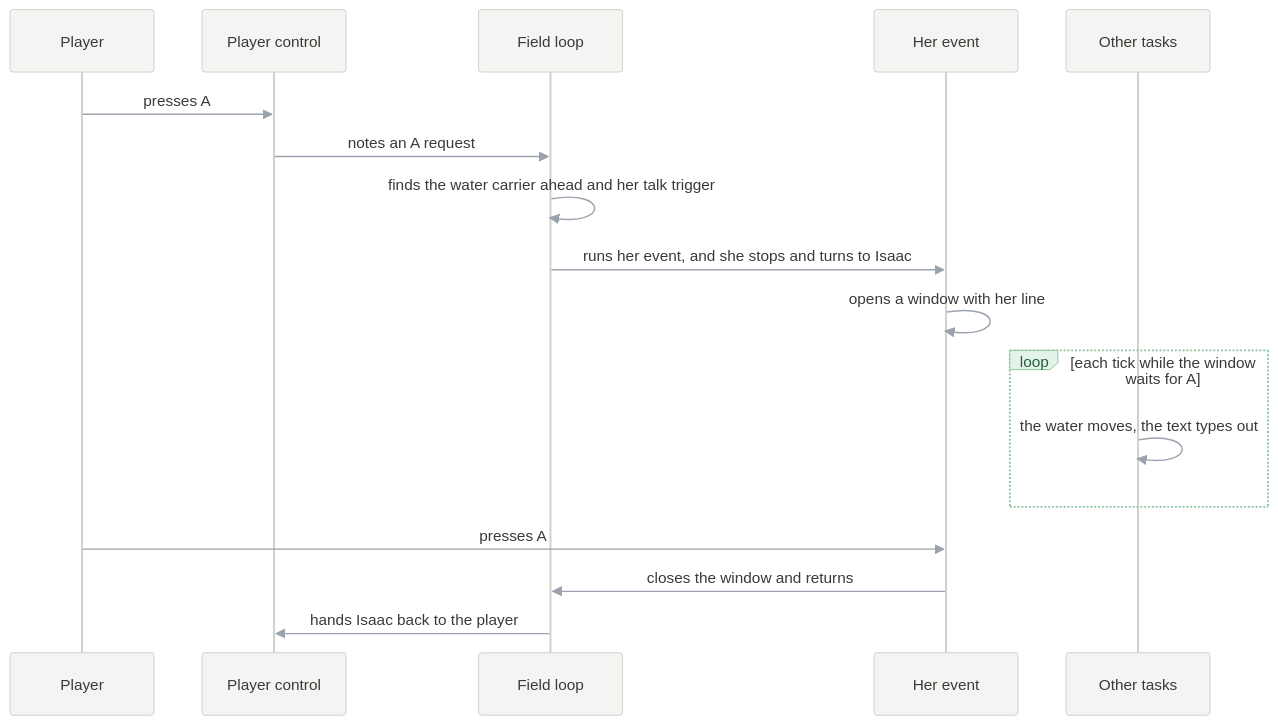
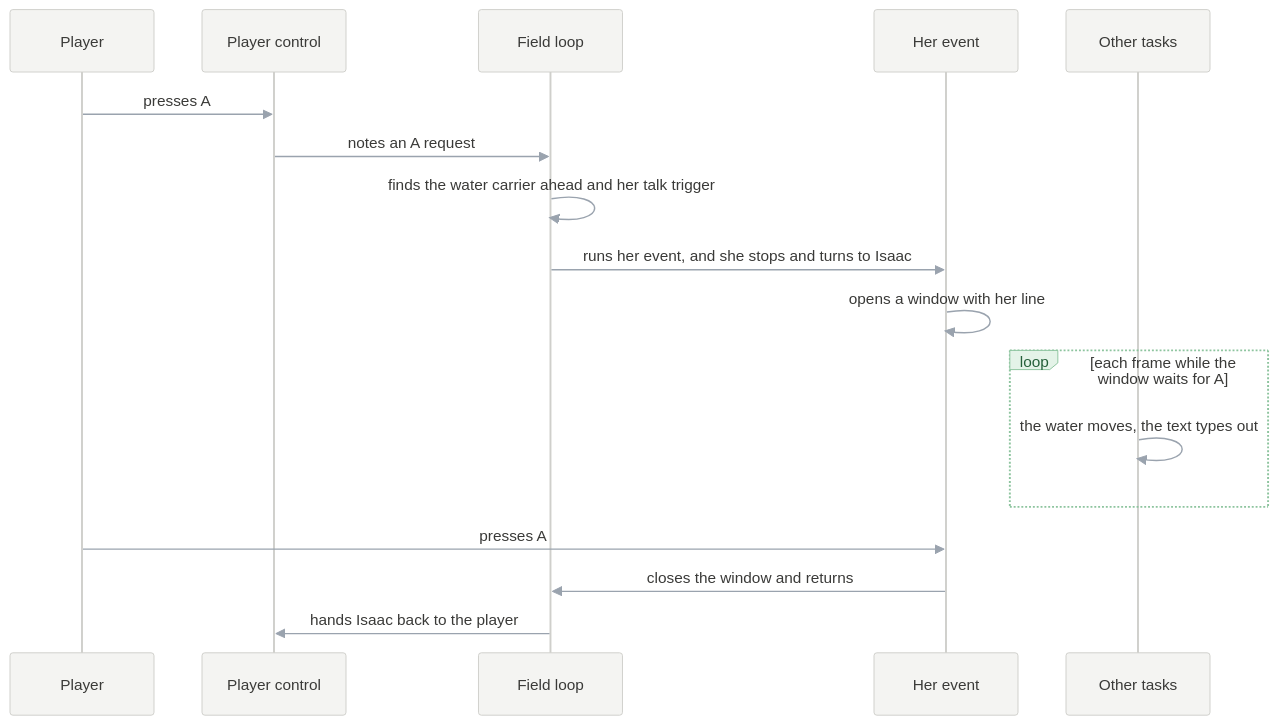
The ninth of 9 diagrams in games/tbs/README.md (PascalPixel/alchemy), drawn with Mermaid before and after one commit. The commit also changed other lines of this file and 2356 other files, not shown here.

````diff
--- a/games/tbs/README.md
+++ b/games/tbs/README.md
@@ -389,20 +391,20 @@
 ```mermaid
 %%{init: {"theme": "base", "themeVariables": {"actorBkg": "#F4F4F2", "actorBorder": "#CFCFCB", "actorTextColor": "#3A3A38", "signalColor": "#9AA3AE", "signalTextColor": "#3A3A38", "noteBkgColor": "#FBE7C6", "noteBorderColor": "#E0B46A", "noteTextColor": "#7A5212", "loopTextColor": "#3A3A38", "labelBoxBkgColor": "#E4F3E8", "labelBoxBorderColor": "#8DC49E", "labelTextColor": "#25603A"}}}%%
 sequenceDiagram
   participant P as Player
   participant C as Player control
   participant M as Field loop
   participant E as Her event
   participant T as Other tasks
   P->>C: presses A
   C->>M: notes an A request
   M->>M: finds the water carrier ahead and her talk trigger
   M->>E: runs her event, and she stops and turns to Isaac
   E->>E: opens a window with her line
-  loop each tick while the window waits for A
+  loop each frame while the window waits for A
     T->>T: the water moves, the text types out
   end
   P->>E: presses A
   E->>M: closes the window and returns
   M->>C: hands Isaac back to the player
 ```
````
